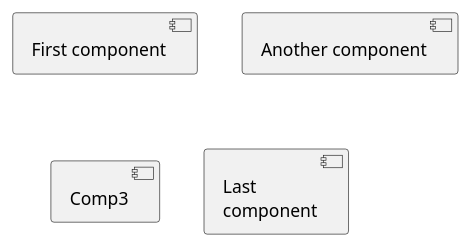
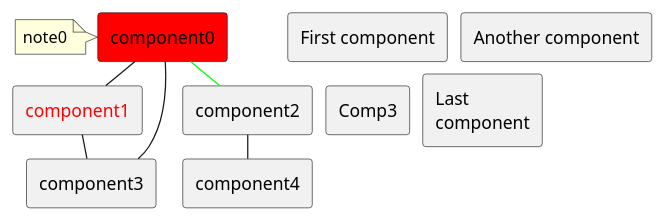
The first of 7 diagrams in content/post/archive-3/plantuml.md (wiloon/blog), drawn with PlantUML before and after one commit. The commit also changed 8 other files, not shown here.

````diff
--- a/content/post/archive-3/plantuml.md
+++ b/content/post/archive-3/plantuml.md
@@ -23,10 +37,30 @@
 ```puml
 @startuml
+skinparam componentStyle rectangle
+skinparam nodesep 10
+skinparam ranksep 10
+skinparam ParticipantFontColor #A9DCDF
 
 [First component]
 [Another component] as Comp2  
 component Comp3
 component [Last\ncomponent] as Comp4
 
+[component0] as c0 #ff0000
+[<color:#ff0000>component1</color>] as c1
+[component2] as c2
+[component3] as c3
+[component4] as c4
+
+c0 -- c1
+c0-[#00ff00]-c2
+c1--c3
+c0--c3
+
+c2--c4
+
+note left of c0
+note0
+end note
 @enduml
 ```
````
